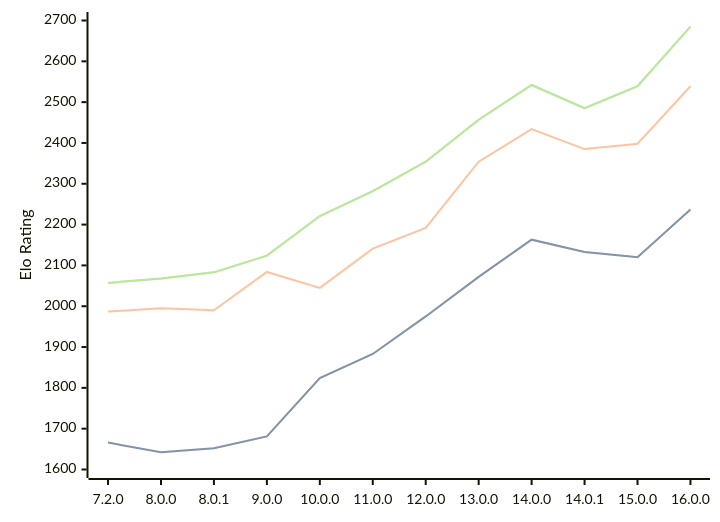
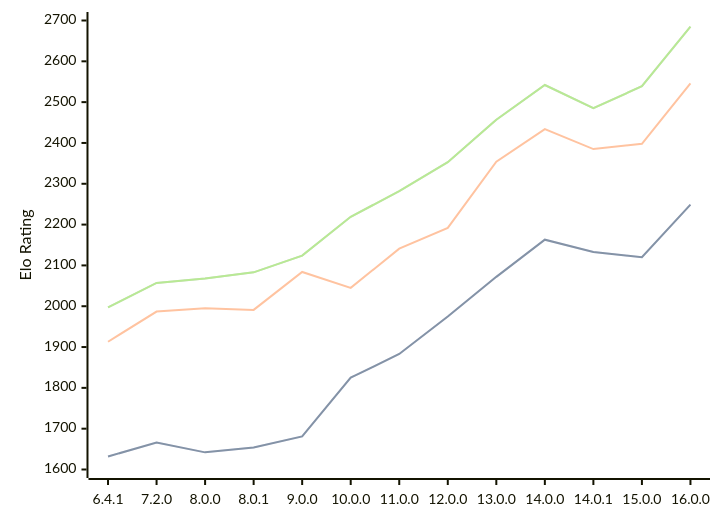
The diagram in engines/Cepimetheus.md (computer-chess-index/cci), drawn with Mermaid before and after one commit. The commit also changed other lines of this file, not shown here.

Commit message:
Update CCI Ratings (ELO VLTC) - 2026-09-04

````diff
--- a/engines/Cepimetheus.md
+++ b/engines/Cepimetheus.md
@@ -67,11 +67,11 @@
 ```mermaid
 %%{init: {"theme":"base","themeVariables":{"seriesColors:['#a3a3a3','#222221','#faa371']}}}%%
 xychart-beta
-  x-axis ["7.2.0", "8.0.0", "8.0.1", "9.0.0", "10.0.0", "11.0.0", "12.0.0", "13.0.0", "14.0.0", "14.0.1", "15.0.0", "16.0.0"]
+  x-axis ["6.4.1", "7.2.0", "8.0.0", "8.0.1", "9.0.0", "10.0.0", "11.0.0", "12.0.0", "13.0.0", "14.0.0", "14.0.1", "15.0.0", "16.0.0"]
   y-axis "Elo Rating" 1600 --> 2700
-  line "" [1666, 1642, 1652, 1681, 1824, 1883, 1975, 2072, 2163, 2133, 2120, 2237]
-  line "STC (8.0+0.08s)" [1666, 1642, 1652, 1681, 1824, 1883, 1975, 2072, 2163, 2133, 2120, 2237]
-  line "LTC (60.0+0.60s)" [1987, 1995, 1990, 2084, 2045, 2141, 2192, 2354, 2434, 2385, 2398, 2539]
-  line "" [2057, 2068, 2083, 2124, 2221, 2282, 2354, 2457, 2542, 2485, 2539, 2685]
-  line "VLTC (2m24s+1.12s)" [2057, 2068, 2083, 2124, 2221, 2282, 2354, 2457, 2542, 2485, 2539, 2685]
+  line "" [1632, 1666, 1642, 1654, 1681, 1825, 1883, 1975, 2072, 2163, 2133, 2120, 2249]
+  line "STC (8.0+0.08s)" [1632, 1666, 1642, 1654, 1681, 1825, 1883, 1975, 2072, 2163, 2133, 2120, 2249]
+  line "LTC (60.0+0.60s)" [1913, 1987, 1995, 1991, 2084, 2045, 2141, 2192, 2354, 2434, 2385, 2398, 2546]
+  line "" [1997, 2057, 2068, 2083, 2124, 2219, 2282, 2353, 2457, 2542, 2485, 2539, 2685]
+  line "VLTC (2m24s+1.12s)" [1997, 2057, 2068, 2083, 2124, 2219, 2282, 2353, 2457, 2542, 2485, 2539, 2685]
 ```
````
